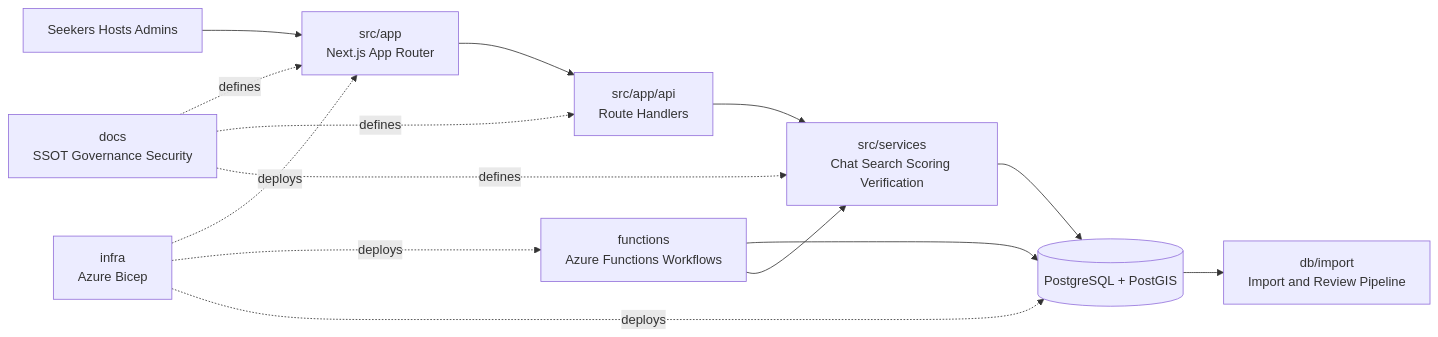
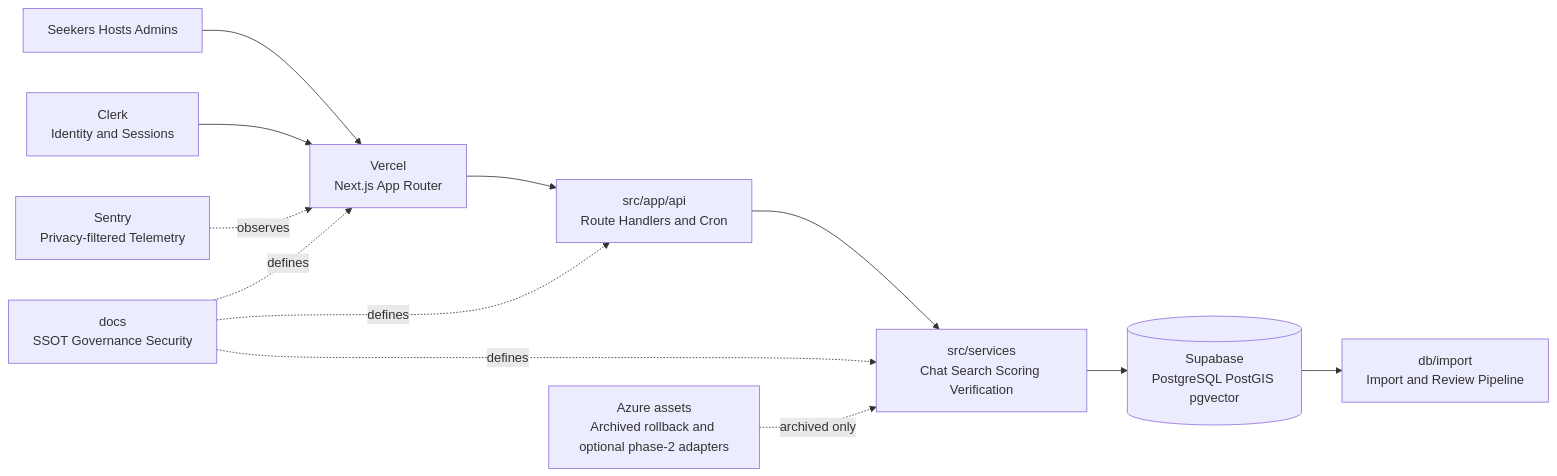
The diagram in README.md (AutomatedEmpires/Open-Resource-Access-Network), drawn with Mermaid before and after one commit. The commit also changed other lines of this file and 67 other files, not shown here.

````diff
--- a/README.md
+++ b/README.md
@@ -162,16 +164,14 @@
 ```mermaid
 flowchart LR
-    U[Seekers Hosts Admins] --> A[src/app<br/>Next.js App Router]
-    A --> API[src/app/api<br/>Route Handlers]
+    U[Seekers Hosts Admins] --> V[Vercel<br/>Next.js App Router]
+    V --> API[src/app/api<br/>Route Handlers and Cron]
     API --> S[src/services<br/>Chat Search Scoring Verification]
-    S --> D[(PostgreSQL + PostGIS)]
+    S --> D[(Supabase<br/>PostgreSQL PostGIS pgvector)]
     D --> I[db/import<br/>Import and Review Pipeline]
-    F[functions<br/>Azure Functions Workflows] --> D
-    F --> S
-    G[docs<br/>SSOT Governance Security] -.defines.-> A
+    C[Clerk<br/>Identity and Sessions] --> V
+    T[Sentry<br/>Privacy-filtered Telemetry] -.observes.-> V
+    G[docs<br/>SSOT Governance Security] -.defines.-> V
     G -.defines.-> API
     G -.defines.-> S
-    P[infra<br/>Azure Bicep] -.deploys.-> A
-    P -.deploys.-> F
-    P -.deploys.-> D
+    L[Azure assets<br/>Archived rollback and optional phase-2 adapters] -.archived only.-> S
 ```
````
